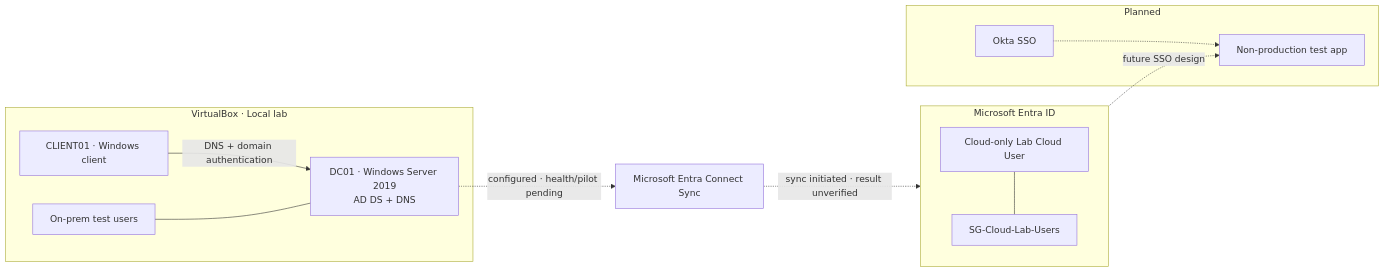
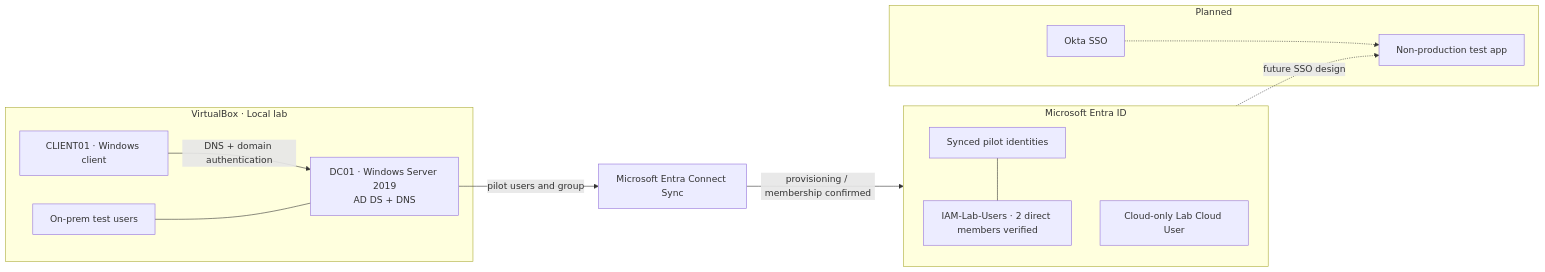
Before and after one commit to Samuelenyiaku/Hybrid-Identity-Lab: the diagram in README.md, drawn with Mermaid. The commit also changed other lines of this file, not shown here.

Commit message:
Document verified hybrid identity and group sync milestones

````diff
--- a/README.md
+++ b/README.md
@@ -52,24 +53,25 @@
 ```mermaid
 flowchart LR
   subgraph LAB["VirtualBox · Local lab"]
     PC["CLIENT01 · Windows client"]
     DC["DC01 · Windows Server 2019<br/>AD DS + DNS"]
     USERS["On-prem test users"]
     PC -->|"DNS + domain authentication"| DC
     USERS --- DC
   end
   subgraph ENTRA["Microsoft Entra ID"]
-    CLOUD["Cloud-only Lab Cloud User"]
-    GROUP["SG-Cloud-Lab-Users"]
+    CLOUD["Synced pilot identities"]
+    GROUP["IAM-Lab-Users · 2 direct members verified"]
     CLOUD --- GROUP
+    CLOUDONLY["Cloud-only Lab Cloud User"]
   end
   SYNC["Microsoft Entra Connect Sync"]
-  DC -. "configured · health/pilot pending" .-> SYNC
-  SYNC -. "sync initiated · result unverified" .-> ENTRA
+  DC -->|"pilot users and group"| SYNC
+  SYNC -->|"provisioning / membership confirmed"| ENTRA
   subgraph LATER["Planned"]
     OKTA["Okta SSO"]
     APP["Non-production test app"]
     OKTA -.-> APP
   end
   ENTRA -. "future SSO design" .-> APP
 ```
````
